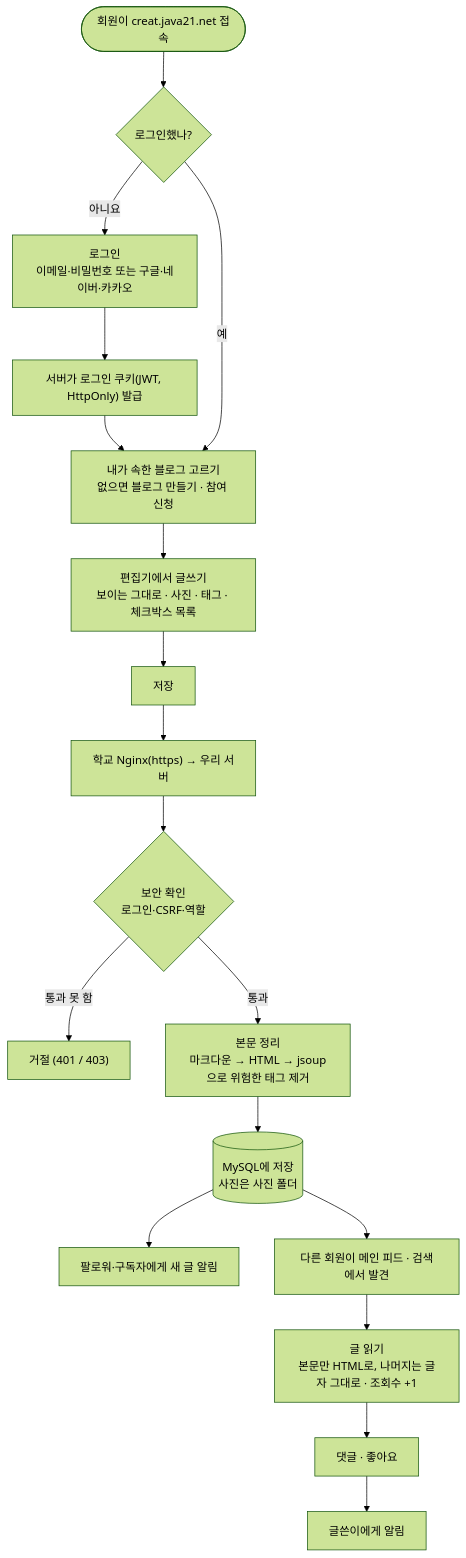
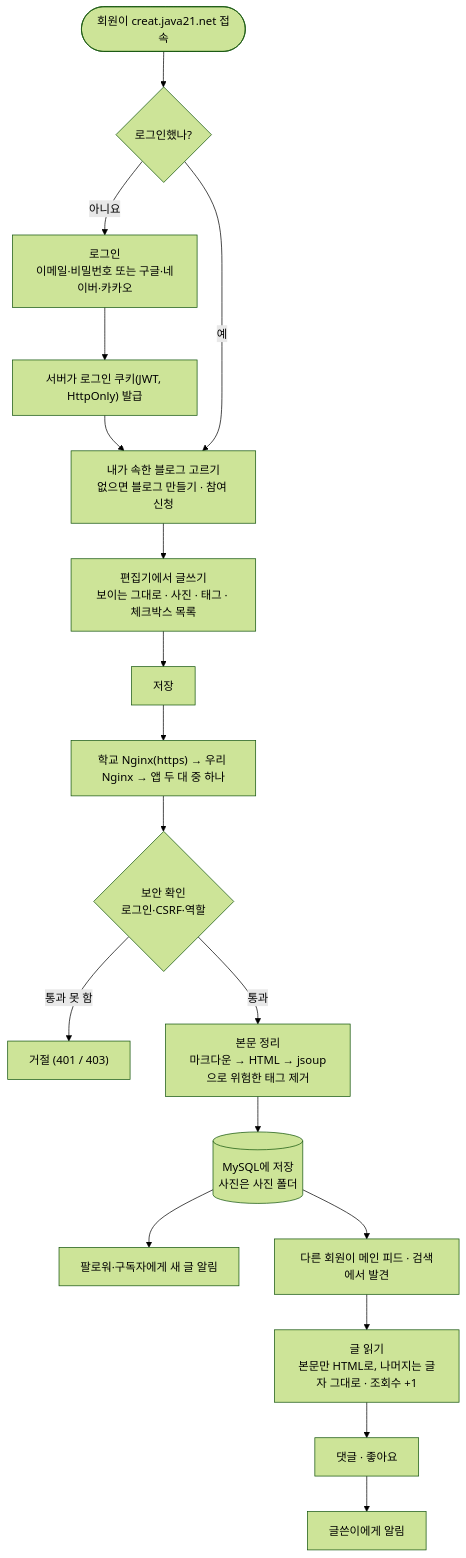
Before and after one commit to blogNM/.github: the first of 5 diagrams in profile/README.md, drawn with Mermaid (forest theme). The commit also changed other lines of this file and 1 other file, not shown here.

````diff
--- a/profile/README.md
+++ b/profile/README.md
@@ -59,20 +61,20 @@
 ```mermaid
 flowchart TD
     A(["회원이 creat.java21.net 접속"]) --> B{"로그인했나?"}
     B -- 아니요 --> C["로그인<br/>이메일·비밀번호 또는 구글·네이버·카카오"]
     C --> D["서버가 로그인 쿠키(JWT, HttpOnly) 발급"]
     D --> E
     B -- 예 --> E["내가 속한 블로그 고르기<br/>없으면 블로그 만들기 · 참여 신청"]
     E --> F["편집기에서 글쓰기<br/>보이는 그대로 · 사진 · 태그 · 체크박스 목록"]
     F --> G["저장"]
-    G --> H["학교 Nginx(https) → 우리 서버"]
+    G --> H["학교 Nginx(https) → 우리 Nginx → 앱 두 대 중 하나"]
     H --> I{"보안 확인<br/>로그인·CSRF·역할"}
     I -- 통과 못 함 --> X["거절 (401 / 403)"]
     I -- 통과 --> J["본문 정리<br/>마크다운 → HTML → jsoup으로 위험한 태그 제거"]
     J --> K[("MySQL에 저장<br/>사진은 사진 폴더")]
     K --> L["팔로워·구독자에게 새 글 알림"]
     K --> M["다른 회원이 메인 피드 · 검색에서 발견"]
     M --> N["글 읽기<br/>본문만 HTML로, 나머지는 글자 그대로 · 조회수 +1"]
     N --> O["댓글 · 좋아요"]
     O --> P["글쓴이에게 알림"]
 ```
````
